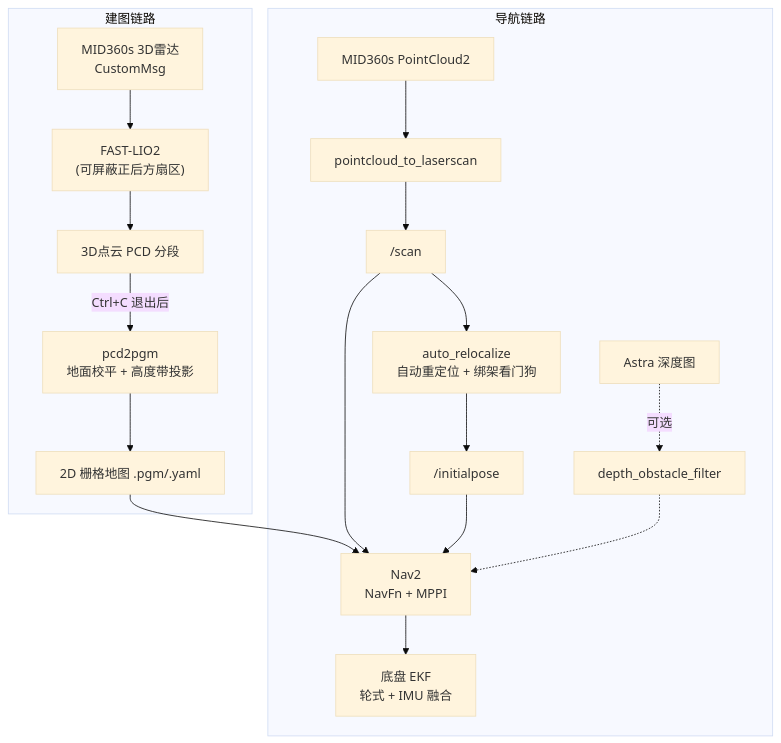
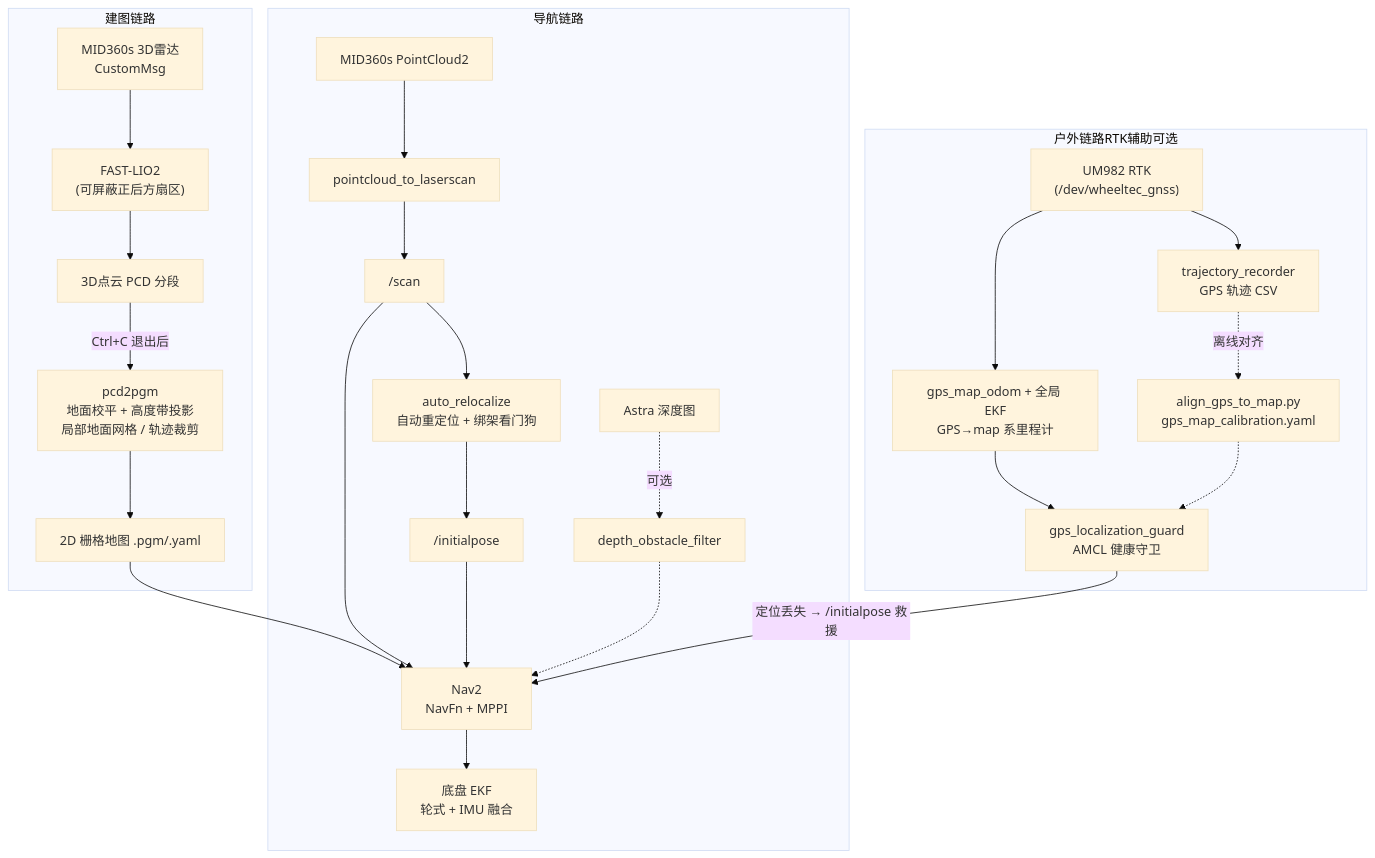
The diagram in README.md (shihua-hou/ros2_car_console), drawn with Mermaid (base theme) before and after one commit. The commit also changed other lines of this file and 61 other files, not shown here.

Commit message:
feat: 户外RTK建图导航+GPS面板+AprilTag停靠重构; docs: 完善README

````diff
--- a/README.md
+++ b/README.md
@@ -67,18 +74,25 @@
 ```mermaid
 flowchart TD
     subgraph 建图链路
       A["MID360s 3D雷达<br/>CustomMsg"] --> B["FAST-LIO2<br/>(可屏蔽正后方扇区)"]
       B --> C["3D点云 PCD 分段"]
-      C -->|"Ctrl+C 退出后"| D["pcd2pgm<br/>地面校平 + 高度带投影"]
+      C -->|"Ctrl+C 退出后"| D["pcd2pgm<br/>地面校平 + 高度带投影<br/>局部地面网格 / 轨迹裁剪"]
       D --> E["2D 栅格地图 .pgm/.yaml"]
     end
     subgraph 导航链路
       F["MID360s PointCloud2"] --> G["pointcloud_to_laserscan"] --> H["/scan"]
       E --> I["Nav2<br/>NavFn + MPPI"]
       H --> I
       H --> J["auto_relocalize<br/>自动重定位 + 绑架看门狗"]
       J --> K["/initialpose"] --> I
       M["Astra 深度图"] -.可选.-> N["depth_obstacle_filter"] -.-> I
       I --> L["底盘 EKF<br/>轮式 + IMU 融合"]
     end
+    subgraph 户外链路RTK辅助可选
+      P["UM982 RTK<br/>(/dev/wheeltec_gnss)"] --> Q["trajectory_recorder<br/>GPS 轨迹 CSV"]
+      P --> R["gps_map_odom + 全局 EKF<br/>GPS→map 系里程计"]
+      R --> S["gps_localization_guard<br/>AMCL 健康守卫"]
+      Q -.离线对齐.-> T["align_gps_to_map.py<br/>gps_map_calibration.yaml"] -.-> S
+      S -->|"定位丢失 → /initialpose 救援"| I
+    end
 ```
````
